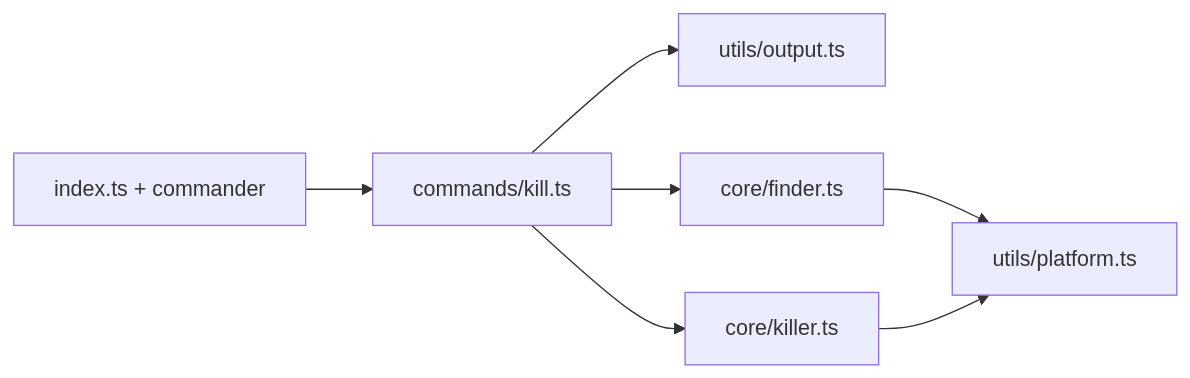
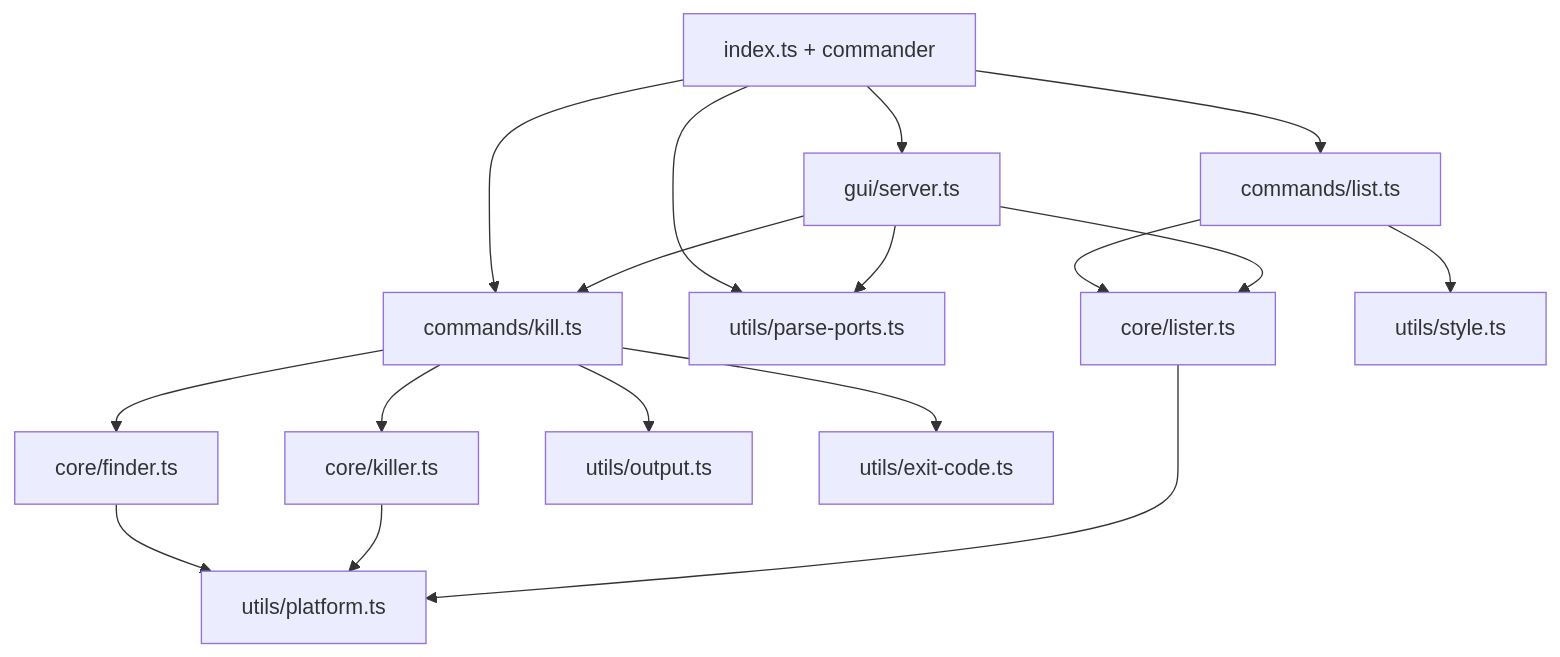
One commit to burakboduroglu/portkill changed the diagram in docs/implementation.md. Above: the diagram before and after it, drawn with Mermaid. The commit also changed other lines of this file and 4 other files, not shown here.

````diff
--- a/docs/implementation.md
+++ b/docs/implementation.md
@@ -11,16 +11,32 @@
 ```mermaid
-flowchart LR
+flowchart TB
   CLI[index.ts + commander]
-  CMD[commands/kill.ts]
+  KILL[commands/kill.ts]
+  LIST[commands/list.ts]
+  GUI[gui/server.ts]
+  PARSE[utils/parse-ports.ts]
+  FIND[core/finder.ts]
+  LISTER[core/lister.ts]
+  KILLER[core/killer.ts]
   OUT[utils/output.ts]
   PLAT[utils/platform.ts]
-  FIND[core/finder.ts]
-  KILL[core/killer.ts]
+  AGG[utils/exit-code.ts]
+  STY[utils/style.ts]
 
-  CLI --> CMD
-  CMD --> FIND
-  CMD --> KILL
-  CMD --> OUT
+  CLI --> KILL
+  CLI --> LIST
+  CLI --> GUI
+  CLI --> PARSE
+  KILL --> FIND
+  KILL --> KILLER
+  KILL --> OUT
+  KILL --> AGG
+  LIST --> LISTER
+  LIST --> STY
   FIND --> PLAT
-  KILL --> PLAT
+  KILLER --> PLAT
+  LISTER --> PLAT
+  GUI --> KILL
+  GUI --> LISTER
+  GUI --> PARSE
 ```
````
